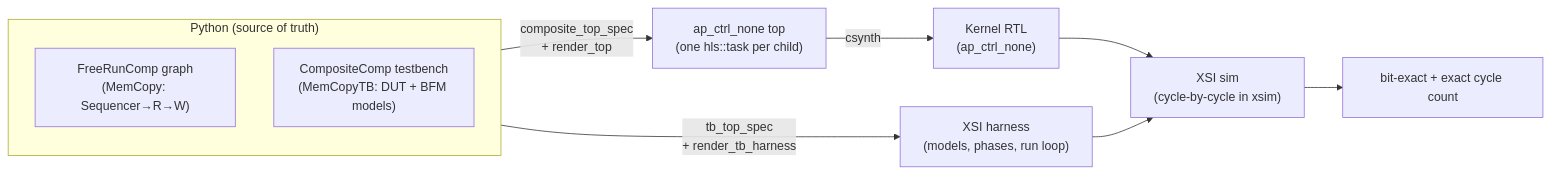
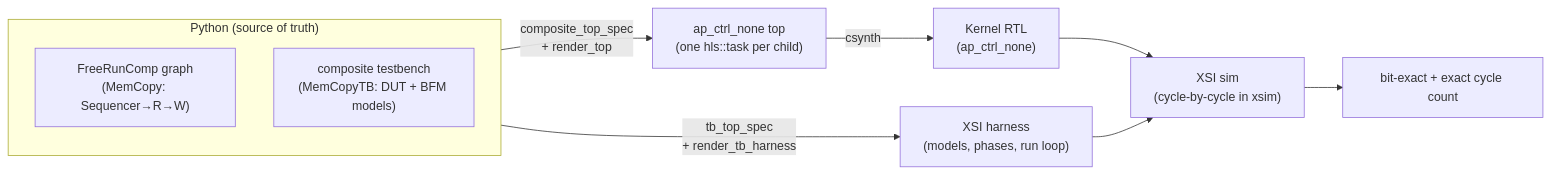
Before and after one commit to sdrangan/waveflow: the diagram in docs/guide/flows/concurrent_flowsteps.md, drawn with Mermaid. The commit also changed other lines of this file and 9 other files, not shown here.

First line of the commit message:
docs: purge the eliminated CompositeComp name

````diff
--- a/docs/guide/flows/concurrent_flowsteps.md
+++ b/docs/guide/flows/concurrent_flowsteps.md
@@ -17,16 +17,16 @@
 ```mermaid
 flowchart LR
   subgraph py["Python (source of truth)"]
     direction TB
     DUT["FreeRunComp graph<br/>(MemCopy: Sequencer→R→W)"]
-    TB["CompositeComp testbench<br/>(MemCopyTB: DUT + BFM models)"]
+    TB["composite testbench<br/>(MemCopyTB: DUT + BFM models)"]
   end
 
   DUT -->|"composite_top_spec<br/>+ render_top"| TOP["ap_ctrl_none top<br/>(one hls::task per child)"]
   TB  -->|"tb_top_spec<br/>+ render_tb_harness"| HARN["XSI harness<br/>(models, phases, run loop)"]
 
   TOP -->|"csynth"| RTL["Kernel RTL<br/>(ap_ctrl_none)"]
   RTL --> XSI["XSI sim<br/>(cycle-by-cycle in xsim)"]
   HARN --> XSI
   XSI --> CHK["bit-exact + exact cycle count"]
 ```
````
